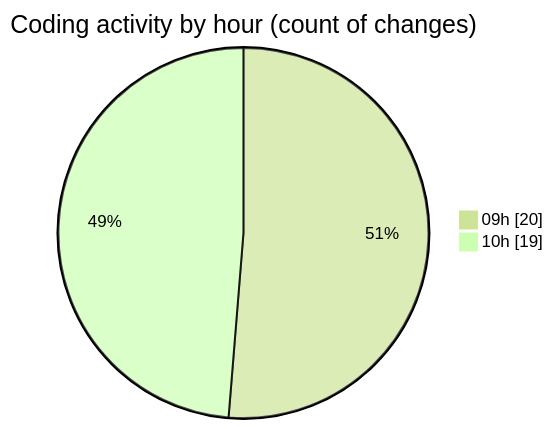
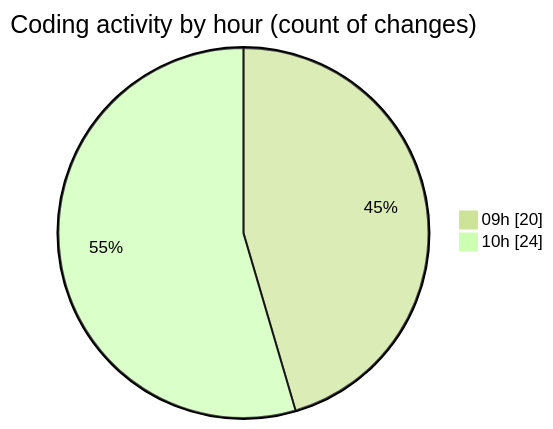
One commit to momahboobian/code-tracking changed the second of 2 diagrams in 2025-05-19/cda/README.md. Above: the diagram before and after it, drawn with Mermaid (forest theme). The commit also changed other lines of this file and 1 other file, not shown here.

````diff
--- a/2025-05-19/cda/README.md
+++ b/2025-05-19/cda/README.md
@@ -35,6 +36,6 @@
 ```mermaid
 pie showData
 title Coding activity by hour (count of changes)
 "09h" : 20
-"10h" : 19
+"10h" : 24
 ```
````
